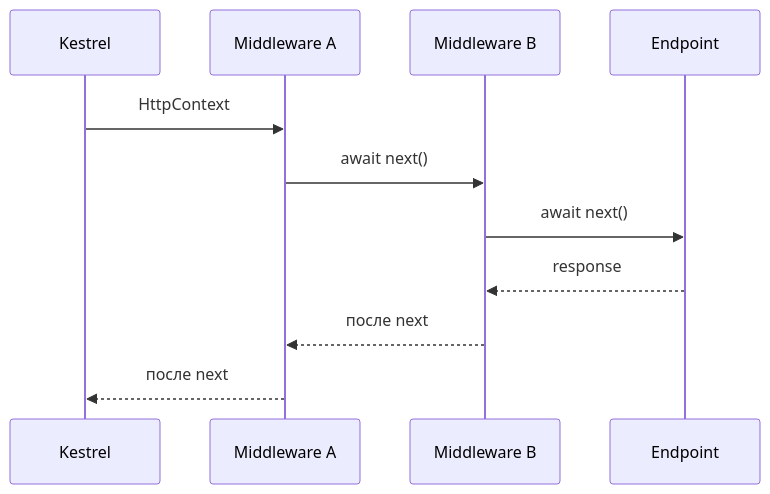
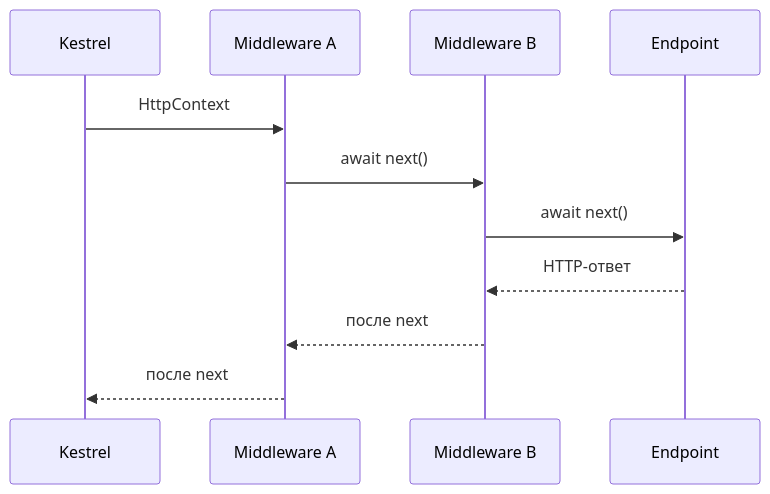
The diagram in 02_ASPNET_Core_Request_Pipeline/03_Middleware_Pipeline.md (EugenTovarchi/Backend-Engineer-Handbook), drawn with Mermaid before and after one commit. The commit also changed other lines of this file and 11 other files, not shown here.

````diff
--- a/02_ASPNET_Core_Request_Pipeline/03_Middleware_Pipeline.md
+++ b/02_ASPNET_Core_Request_Pipeline/03_Middleware_Pipeline.md
@@ -249,14 +249,14 @@
 ```mermaid
 sequenceDiagram
     participant K as Kestrel
     participant M1 as Middleware A
     participant M2 as Middleware B
     participant E as Endpoint
 
     K->>M1: HttpContext
     M1->>M2: await next()
     M2->>E: await next()
-    E-->>M2: response
+    E-->>M2: HTTP-ответ
     M2-->>M1: после next
     M1-->>K: после next
 ```
````
